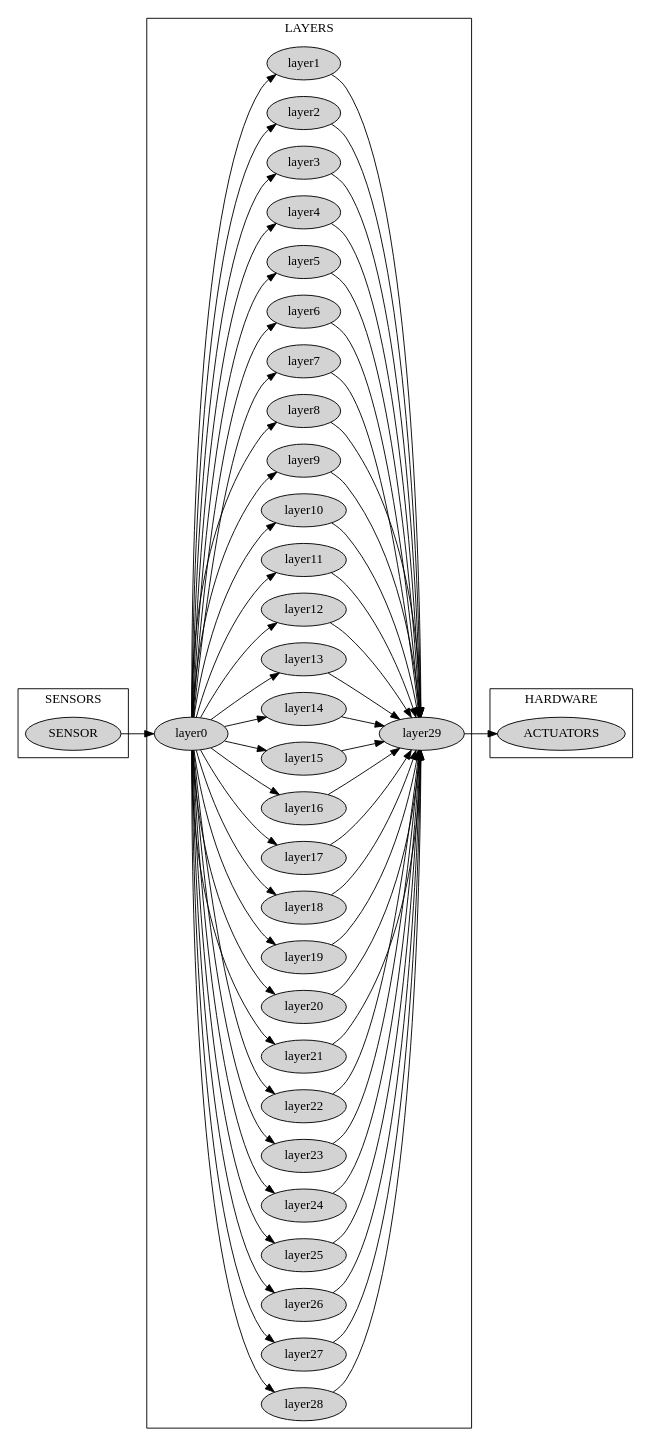
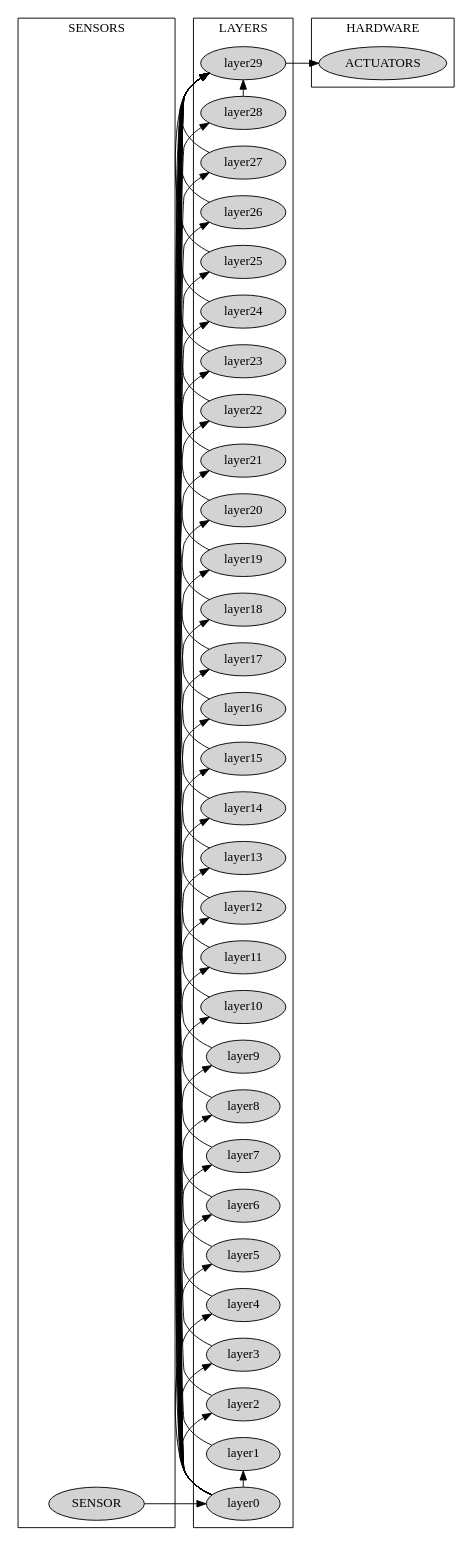
One commit to TheRoboticsClub/colab-gsoc2020-Sakshay_Mahna changed the diagram in evolutionary_robots/examples/repr/large.gv. Above: the diagram before and after it, drawn with Graphviz. The commit also changed 8 other files, not shown here.

```diff
--- a/evolutionary_robots/examples/repr/large.gv
+++ b/evolutionary_robots/examples/repr/large.gv
@@ -1,75 +1,133 @@
 digraph ANN {
-	graph [rankdir=LR]
-	subgraph cluster_0 {
+	graph [concentrate=true rankdir=LR]
+	subgraph cluster_2 {
 		node [style=filled]
-		color=black label=HARDWARE rank=same
-		ACTUATORS
+		color=black label=SENSORS
+		hiddenlayer29 [style=invis]
+		hiddenlayer28 [style=invis]
+		hiddenlayer27 [style=invis]
+		hiddenlayer26 [style=invis]
+		hiddenlayer25 [style=invis]
+		hiddenlayer24 [style=invis]
+		hiddenlayer23 [style=invis]
+		hiddenlayer22 [style=invis]
+		hiddenlayer21 [style=invis]
+		hiddenlayer20 [style=invis]
+		hiddenlayer19 [style=invis]
+		hiddenlayer18 [style=invis]
+		hiddenlayer17 [style=invis]
+		hiddenlayer16 [style=invis]
+		hiddenlayer15 [style=invis]
+		hiddenlayer14 [style=invis]
+		hiddenlayer13 [style=invis]
+		hiddenlayer12 [style=invis]
+		hiddenlayer11 [style=invis]
+		hiddenlayer10 [style=invis]
+		hiddenlayer9 [style=invis]
+		hiddenlayer8 [style=invis]
+		hiddenlayer7 [style=invis]
+		hiddenlayer6 [style=invis]
+		hiddenlayer5 [style=invis]
+		hiddenlayer4 [style=invis]
+		hiddenlayer3 [style=invis]
+		hiddenlayer2 [style=invis]
+		hiddenlayer1 [style=invis]
+		SENSOR
 	}
 	subgraph cluster_1 {
 		node [style=filled]
-		color=black label=LAYERS rank=same
-		layer28 -> layer29
-		layer27 -> layer29
-		layer26 -> layer29
-		layer25 -> layer29
-		layer24 -> layer29
-		layer23 -> layer29
-		layer22 -> layer29
-		layer21 -> layer29
-		layer20 -> layer29
-		layer19 -> layer29
-		layer18 -> layer29
-		layer17 -> layer29
-		layer16 -> layer29
-		layer15 -> layer29
-		layer14 -> layer29
-		layer13 -> layer29
-		layer12 -> layer29
-		layer11 -> layer29
-		layer10 -> layer29
-		layer9 -> layer29
-		layer8 -> layer29
-		layer7 -> layer29
-		layer6 -> layer29
-		layer5 -> layer29
-		layer4 -> layer29
-		layer3 -> layer29
-		layer2 -> layer29
-		layer1 -> layer29
-		layer0 -> layer1
-		layer0 -> layer2
-		layer0 -> layer3
-		layer0 -> layer4
-		layer0 -> layer5
-		layer0 -> layer6
-		layer0 -> layer7
-		layer0 -> layer8
-		layer0 -> layer9
-		layer0 -> layer10
-		layer0 -> layer11
-		layer0 -> layer12
-		layer0 -> layer13
-		layer0 -> layer14
-		layer0 -> layer15
-		layer0 -> layer16
-		layer0 -> layer17
-		layer0 -> layer18
-		layer0 -> layer19
-		layer0 -> layer20
-		layer0 -> layer21
-		layer0 -> layer22
-		layer0 -> layer23
-		layer0 -> layer24
-		layer0 -> layer25
-		layer0 -> layer26
-		layer0 -> layer27
-		layer0 -> layer28
+		color=black label=LAYERS
+		layer0 -> layer1 [constraint=false]
+		layer0 -> layer2 [constraint=false]
+		layer0 -> layer3 [constraint=false]
+		layer0 -> layer4 [constraint=false]
+		layer0 -> layer5 [constraint=false]
+		layer0 -> layer6 [constraint=false]
+		layer0 -> layer7 [constraint=false]
+		layer0 -> layer8 [constraint=false]
+		layer0 -> layer9 [constraint=false]
+		layer0 -> layer10 [constraint=false]
+		layer0 -> layer11 [constraint=false]
+		layer0 -> layer12 [constraint=false]
+		layer0 -> layer13 [constraint=false]
+		layer0 -> layer14 [constraint=false]
+		layer0 -> layer15 [constraint=false]
+		layer0 -> layer16 [constraint=false]
+		layer0 -> layer17 [constraint=false]
+		layer0 -> layer18 [constraint=false]
+		layer0 -> layer19 [constraint=false]
+		layer0 -> layer20 [constraint=false]
+		layer0 -> layer21 [constraint=false]
+		layer0 -> layer22 [constraint=false]
+		layer0 -> layer23 [constraint=false]
+		layer0 -> layer24 [constraint=false]
+		layer0 -> layer25 [constraint=false]
+		layer0 -> layer26 [constraint=false]
+		layer0 -> layer27 [constraint=false]
+		layer0 -> layer28 [constraint=false]
+		layer1 -> layer29 [constraint=false]
+		layer2 -> layer29 [constraint=false]
+		layer3 -> layer29 [constraint=false]
+		layer4 -> layer29 [constraint=false]
+		layer5 -> layer29 [constraint=false]
+		layer6 -> layer29 [constraint=false]
+		layer7 -> layer29 [constraint=false]
+		layer8 -> layer29 [constraint=false]
+		layer9 -> layer29 [constraint=false]
+		layer10 -> layer29 [constraint=false]
+		layer11 -> layer29 [constraint=false]
+		layer12 -> layer29 [constraint=false]
+		layer13 -> layer29 [constraint=false]
+		layer14 -> layer29 [constraint=false]
+		layer15 -> layer29 [constraint=false]
+		layer16 -> layer29 [constraint=false]
+		layer17 -> layer29 [constraint=false]
+		layer18 -> layer29 [constraint=false]
+		layer19 -> layer29 [constraint=false]
+		layer20 -> layer29 [constraint=false]
+		layer21 -> layer29 [constraint=false]
+		layer22 -> layer29 [constraint=false]
+		layer23 -> layer29 [constraint=false]
+		layer24 -> layer29 [constraint=false]
+		layer25 -> layer29 [constraint=false]
+		layer26 -> layer29 [constraint=false]
+		layer27 -> layer29 [constraint=false]
+		layer28 -> layer29 [constraint=false]
 	}
-	subgraph cluster_2 {
+	subgraph cluster_0 {
 		node [style=filled]
-		color=black label=SENSORS rank=same
-		SENSOR
+		color=black label=HARDWARE
+		ACTUATORS
 	}
 	layer29 -> ACTUATORS
+	hiddenlayer29 -> layer29 [style=invis]
+	hiddenlayer28 -> layer28 [style=invis]
+	hiddenlayer27 -> layer27 [style=invis]
+	hiddenlayer26 -> layer26 [style=invis]
+	hiddenlayer25 -> layer25 [style=invis]
+	hiddenlayer24 -> layer24 [style=invis]
+	hiddenlayer23 -> layer23 [style=invis]
+	hiddenlayer22 -> layer22 [style=invis]
+	hiddenlayer21 -> layer21 [style=invis]
+	hiddenlayer20 -> layer20 [style=invis]
+	hiddenlayer19 -> layer19 [style=invis]
+	hiddenlayer18 -> layer18 [style=invis]
+	hiddenlayer17 -> layer17 [style=invis]
+	hiddenlayer16 -> layer16 [style=invis]
+	hiddenlayer15 -> layer15 [style=invis]
+	hiddenlayer14 -> layer14 [style=invis]
+	hiddenlayer13 -> layer13 [style=invis]
+	hiddenlayer12 -> layer12 [style=invis]
+	hiddenlayer11 -> layer11 [style=invis]
+	hiddenlayer10 -> layer10 [style=invis]
+	hiddenlayer9 -> layer9 [style=invis]
+	hiddenlayer8 -> layer8 [style=invis]
+	hiddenlayer7 -> layer7 [style=invis]
+	hiddenlayer6 -> layer6 [style=invis]
+	hiddenlayer5 -> layer5 [style=invis]
+	hiddenlayer4 -> layer4 [style=invis]
+	hiddenlayer3 -> layer3 [style=invis]
+	hiddenlayer2 -> layer2 [style=invis]
+	hiddenlayer1 -> layer1 [style=invis]
 	SENSOR -> layer0
 }
```
